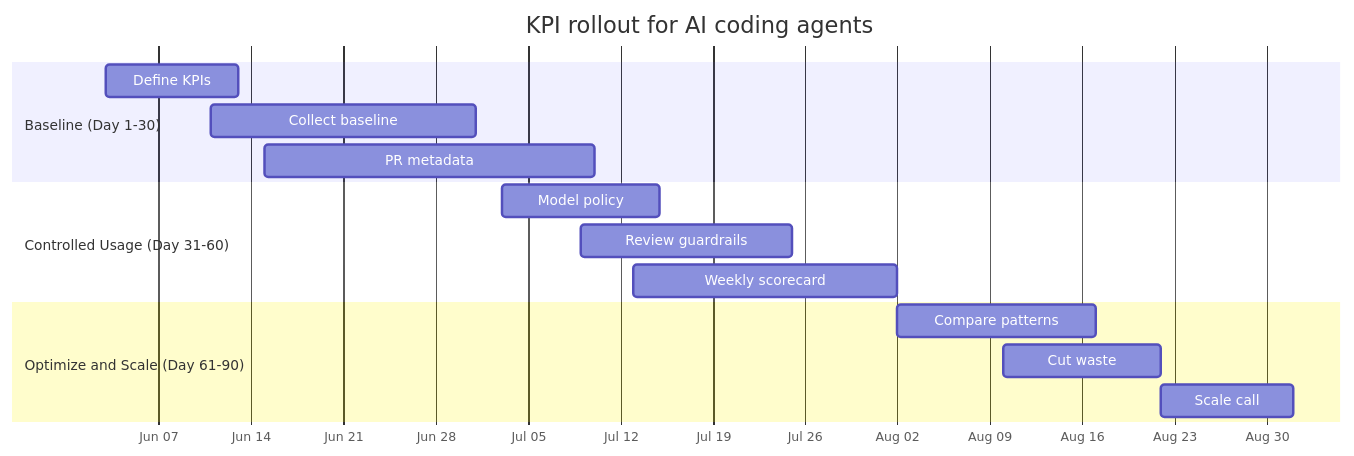
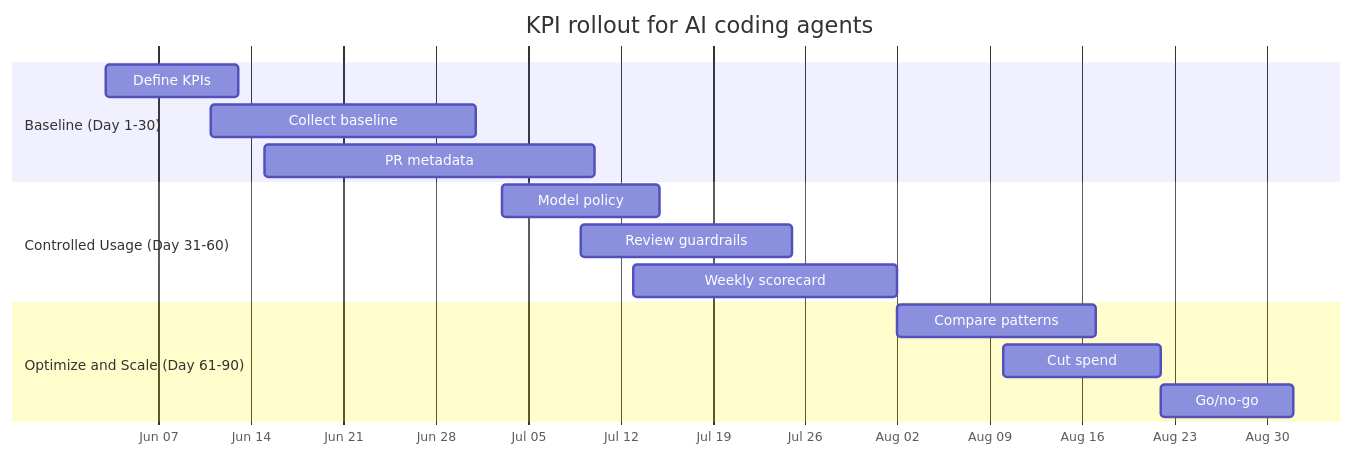
Before and after one commit to hiddedesmet/myblog: the diagram in _posts/2026-05-29-ai-coding-agents-need-kpis.md, drawn with Mermaid.

Commit message:
fix: update terminology in KPI post for consistency and clarity

````diff
--- a/_posts/2026-05-29-ai-coding-agents-need-kpis.md
+++ b/_posts/2026-05-29-ai-coding-agents-need-kpis.md
@@ -156,22 +156,22 @@
 ```mermaid
 %%{init: {"gantt": {"barHeight": 26, "barGap": 6}}}%%
 gantt
     title KPI rollout for AI coding agents
     dateFormat  YYYY-MM-DD
     axisFormat  %b %d
 
     section Baseline (Day 1-30)
   Define KPIs                    :2026-06-03, 10d
   Collect baseline               :2026-06-11, 20d
   PR metadata                    :2026-06-15, 25d
 
     section Controlled Usage (Day 31-60)
   Model policy                   :2026-07-03, 12d
   Review guardrails              :2026-07-09, 16d
   Weekly scorecard               :2026-07-13, 20d
 
     section Optimize and Scale (Day 61-90)
   Compare patterns               :2026-08-02, 15d
-  Cut waste                      :2026-08-10, 12d
-  Scale call                     :2026-08-22, 10d
+  Cut spend                      :2026-08-10, 12d
+  Go/no-go                       :2026-08-22, 10d
 ```
````
